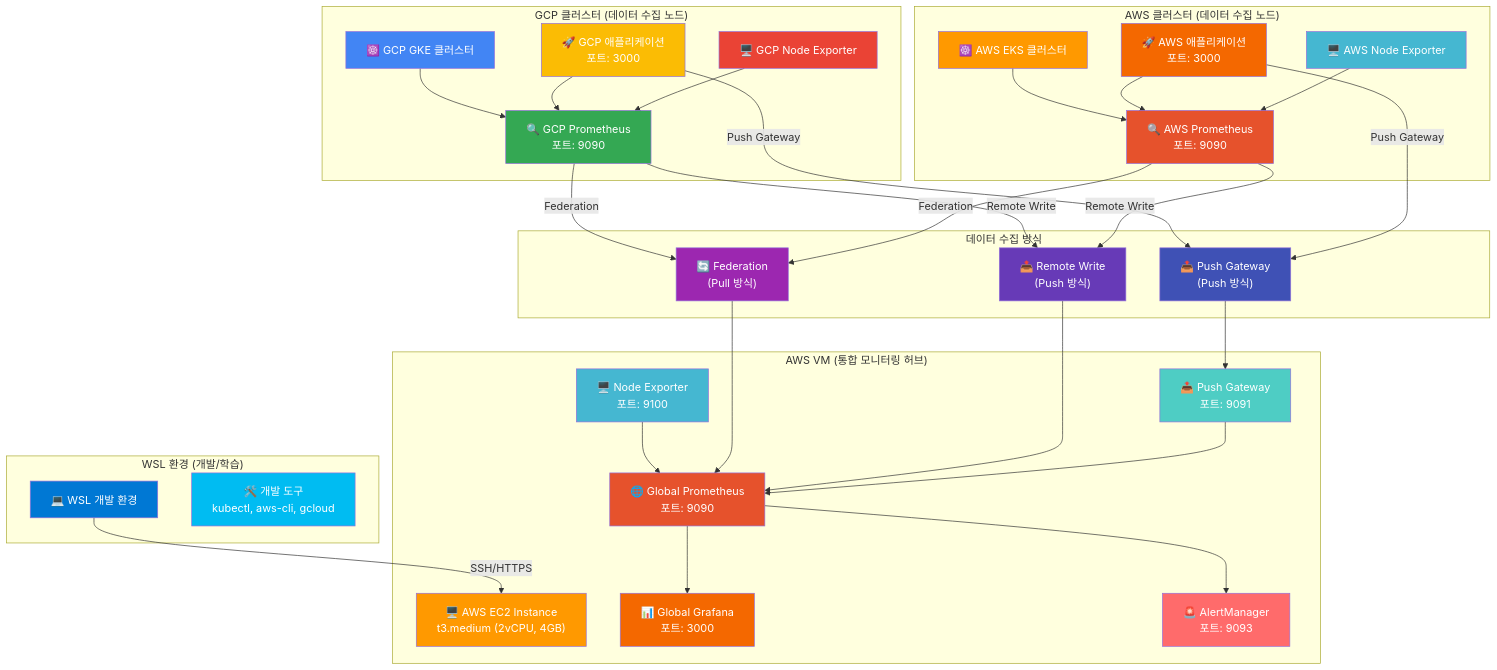
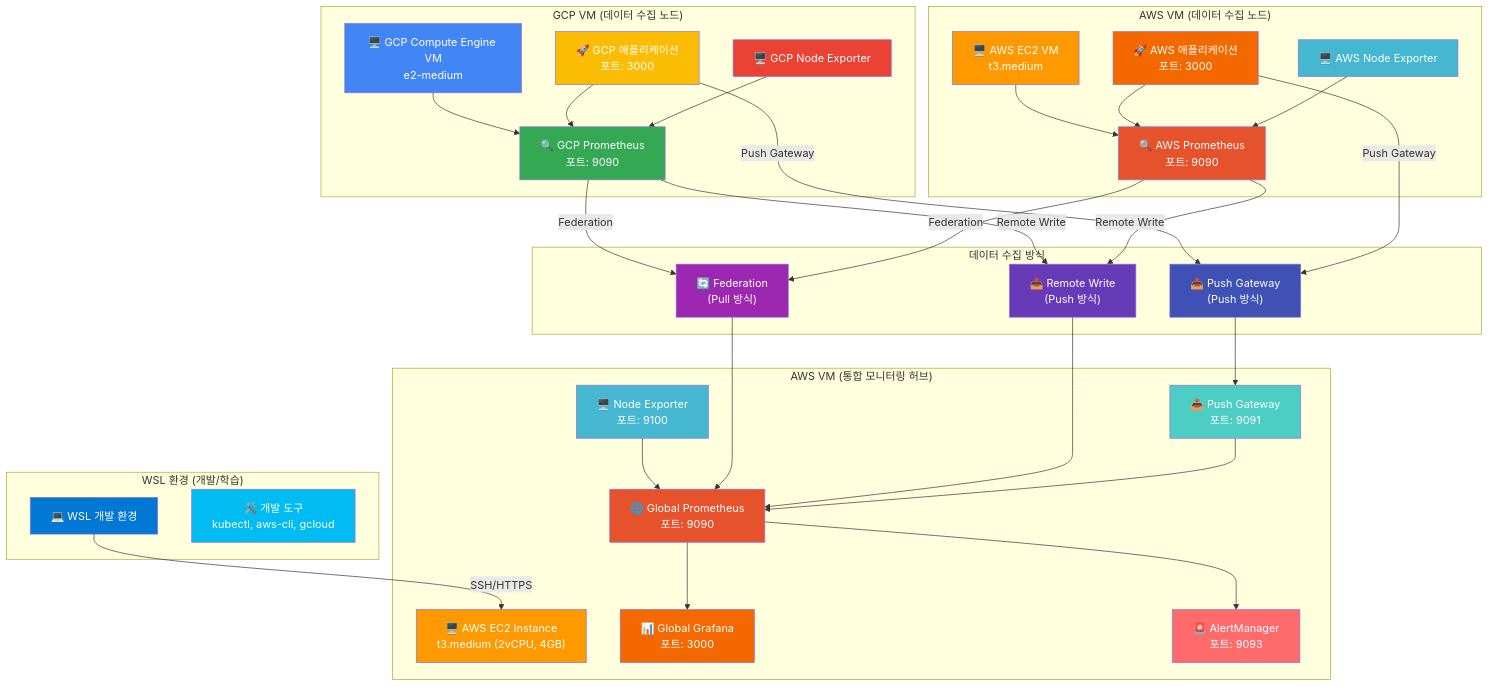
Before and after one commit to jungfrau70/mcp_cloud: the diagram in mcp_knowledge_base/cloud_intermediate/통합모니터링시나리오.md, drawn with Mermaid. The commit also changed other lines of this file and 27 other files, not shown here.

Commit message:
Update: 2025-10-01 06:17:00 - mcp_knowledge_base/.cursor/rules/automation-architecture.mdc and 27 more files

```diff
--- a/mcp_knowledge_base/cloud_intermediate/통합모니터링시나리오.md
+++ b/mcp_knowledge_base/cloud_intermediate/통합모니터링시나리오.md
@@ -31,15 +31,15 @@
         AWS_Node["🖥️ Node Exporter<br/>포트: 9100"]
     end
     
-    subgraph "GCP 클러스터 (데이터 수집 노드)"
-        GCP_K8s["☸️ GCP GKE 클러스터"]
+    subgraph "GCP VM (데이터 수집 노드)"
+        GCP_VM["🖥️ GCP Compute Engine VM<br/>e2-medium"]
         GCP_Prom["🔍 GCP Prometheus<br/>포트: 9090"]
         GCP_App["🚀 GCP 애플리케이션<br/>포트: 3000"]
         GCP_Node["🖥️ GCP Node Exporter"]
     end
     
-    subgraph "AWS 클러스터 (데이터 수집 노드)"
-        AWS_K8s["☸️ AWS EKS 클러스터"]
+    subgraph "AWS VM (데이터 수집 노드)"
+        AWS_VM_Data["🖥️ AWS EC2 VM<br/>t3.medium"]
         AWS_Prom_Local["🔍 AWS Prometheus<br/>포트: 9090"]
         AWS_App["🚀 AWS 애플리케이션<br/>포트: 3000"]
         AWS_Node_Local["🖥️ AWS Node Exporter"]
@@ -57,11 +57,11 @@
     end
     
     %% 데이터 수집 흐름
-    GCP_K8s --> GCP_Prom
+    GCP_VM --> GCP_Prom
     GCP_App --> GCP_Prom
     GCP_Node --> GCP_Prom
     
-    AWS_K8s --> AWS_Prom_Local
+    AWS_VM_Data --> AWS_Prom_Local
     AWS_App --> AWS_Prom_Local
     AWS_Node_Local --> AWS_Prom_Local
     
@@ -95,11 +95,11 @@
     style AWS_Alert fill:#ff6b6b,color:#ffffff
     style AWS_Gateway fill:#4ecdc4,color:#ffffff
     style AWS_Node fill:#45b7d1,color:#ffffff
-    style GCP_K8s fill:#4285f4,color:#ffffff
+    style GCP_VM fill:#4285f4,color:#ffffff
     style GCP_Prom fill:#34a853,color:#ffffff
     style GCP_App fill:#fbbc04,color:#ffffff
     style GCP_Node fill:#ea4335,color:#ffffff
-    style AWS_K8s fill:#ff9900,color:#ffffff
+    style AWS_VM_Data fill:#ff9900,color:#ffffff
     style AWS_Prom_Local fill:#e6522c,color:#ffffff
     style AWS_App fill:#f46800,color:#ffffff
     style AWS_Node_Local fill:#45b7d1,color:#ffffff
```
